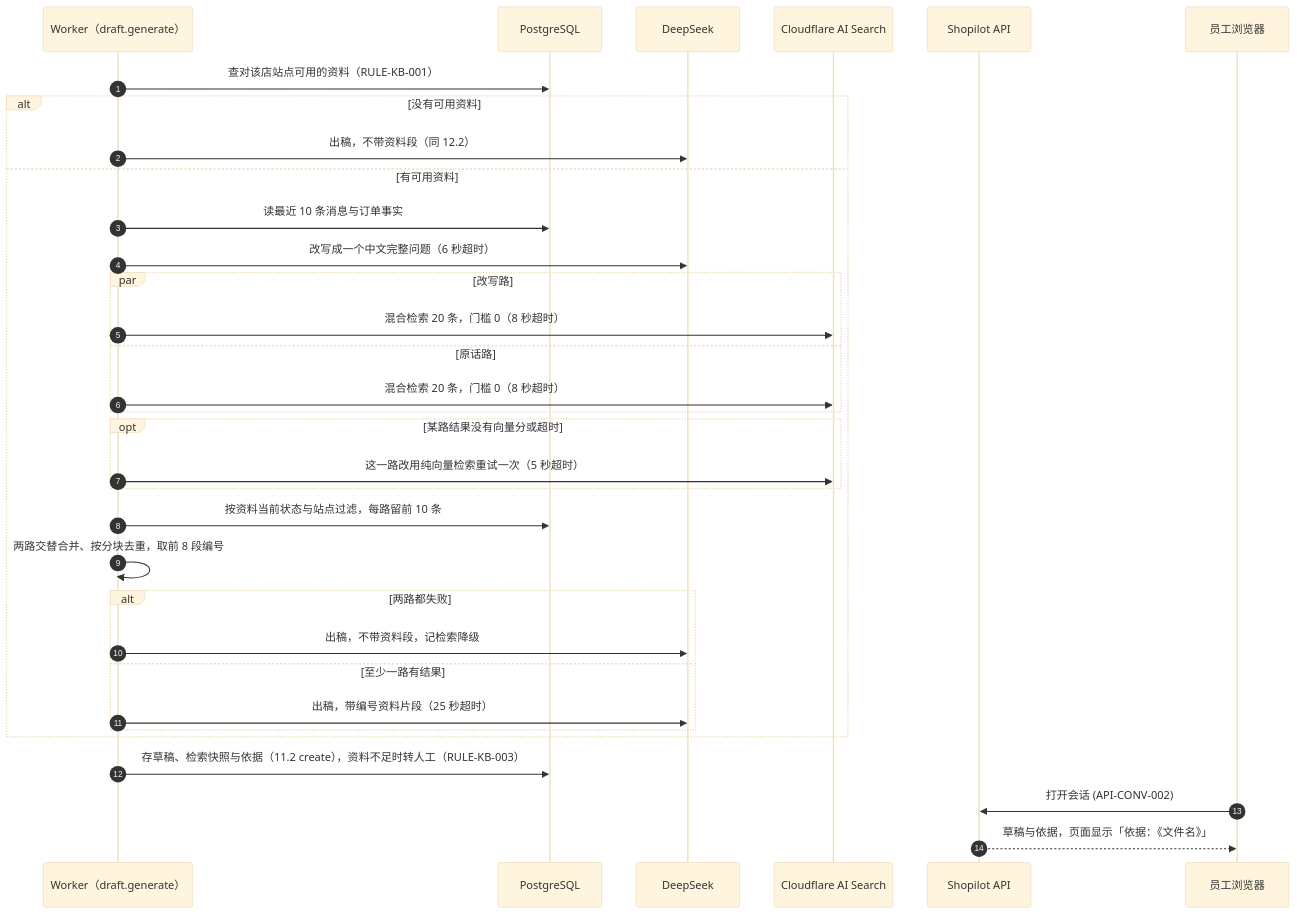
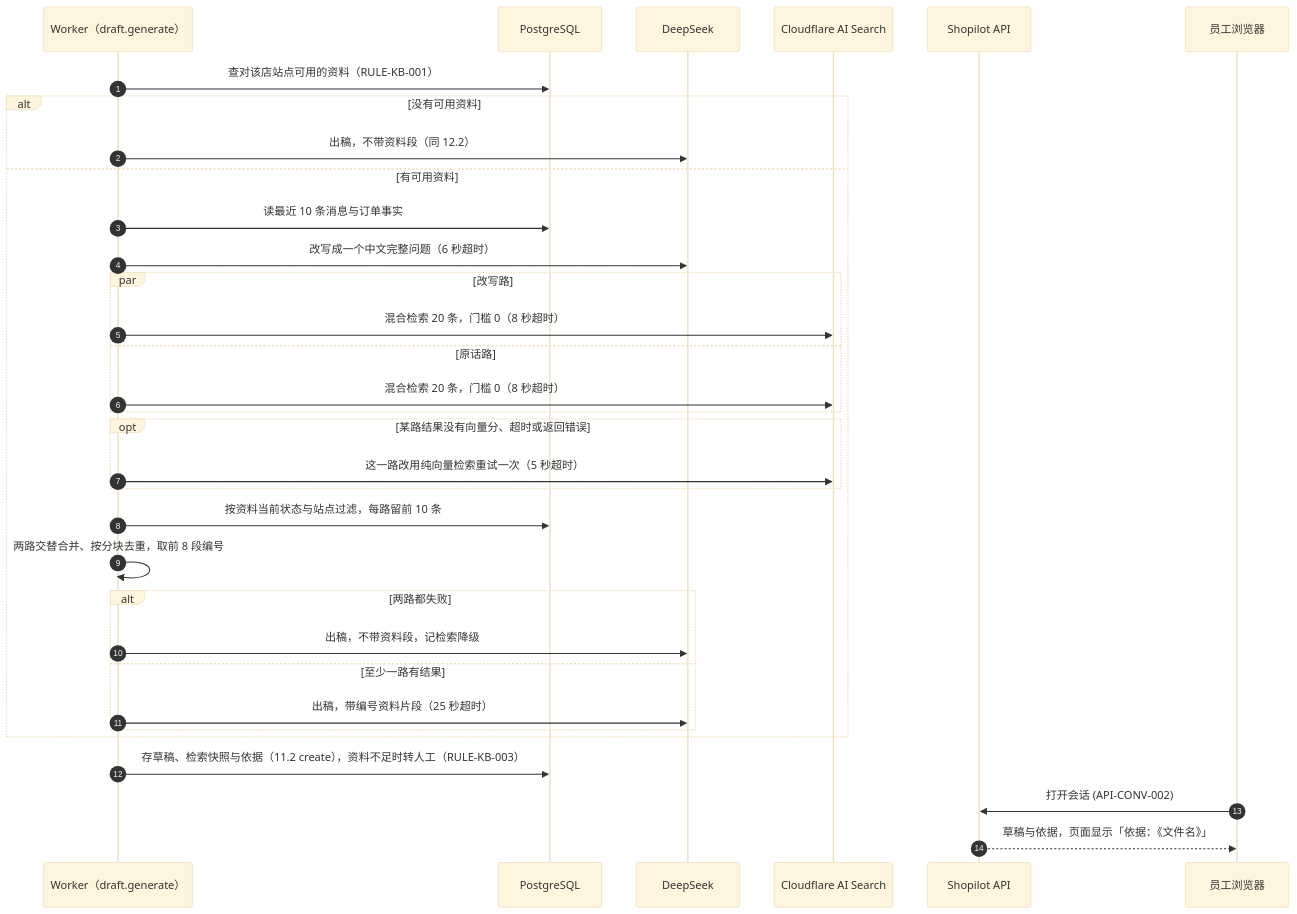
One commit to Bearisbug/shopilot changed diagram 29 of 30 in docs/DESIGN.md. Above: the diagram before and after it, drawn with Mermaid (base theme). The commit also changed other lines of this file and 1 other file, not shown here.

````diff
--- a/docs/DESIGN.md
+++ b/docs/DESIGN.md
@@ -2549,35 +2566,35 @@
 ```mermaid
 sequenceDiagram
   autonumber
   participant W as Worker（draft.generate）
   participant DB as PostgreSQL
   participant DS as DeepSeek
   participant CF as Cloudflare AI Search
   participant API as Shopilot API
   participant FE as 员工浏览器
   W->>DB: 查对该店站点可用的资料（RULE-KB-001）
   alt 没有可用资料
     W->>DS: 出稿，不带资料段（同 12.2）
   else 有可用资料
     W->>DB: 读最近 10 条消息与订单事实
     W->>DS: 改写成一个中文完整问题（6 秒超时）
     par 改写路
       W->>CF: 混合检索 20 条，门槛 0（8 秒超时）
     and 原话路
       W->>CF: 混合检索 20 条，门槛 0（8 秒超时）
     end
-    opt 某路结果没有向量分或超时
+    opt 某路结果没有向量分、超时或返回错误
       W->>CF: 这一路改用纯向量检索重试一次（5 秒超时）
     end
     W->>DB: 按资料当前状态与站点过滤，每路留前 10 条
     W->>W: 两路交替合并、按分块去重，取前 8 段编号
     alt 两路都失败
       W->>DS: 出稿，不带资料段，记检索降级
     else 至少一路有结果
       W->>DS: 出稿，带编号资料片段（25 秒超时）
     end
   end
   W->>DB: 存草稿、检索快照与依据（11.2 create），资料不足时转人工（RULE-KB-003）
   FE->>API: 打开会话 (API-CONV-002)
   API-->>FE: 草稿与依据，页面显示「依据：《文件名》」
 ```
````
